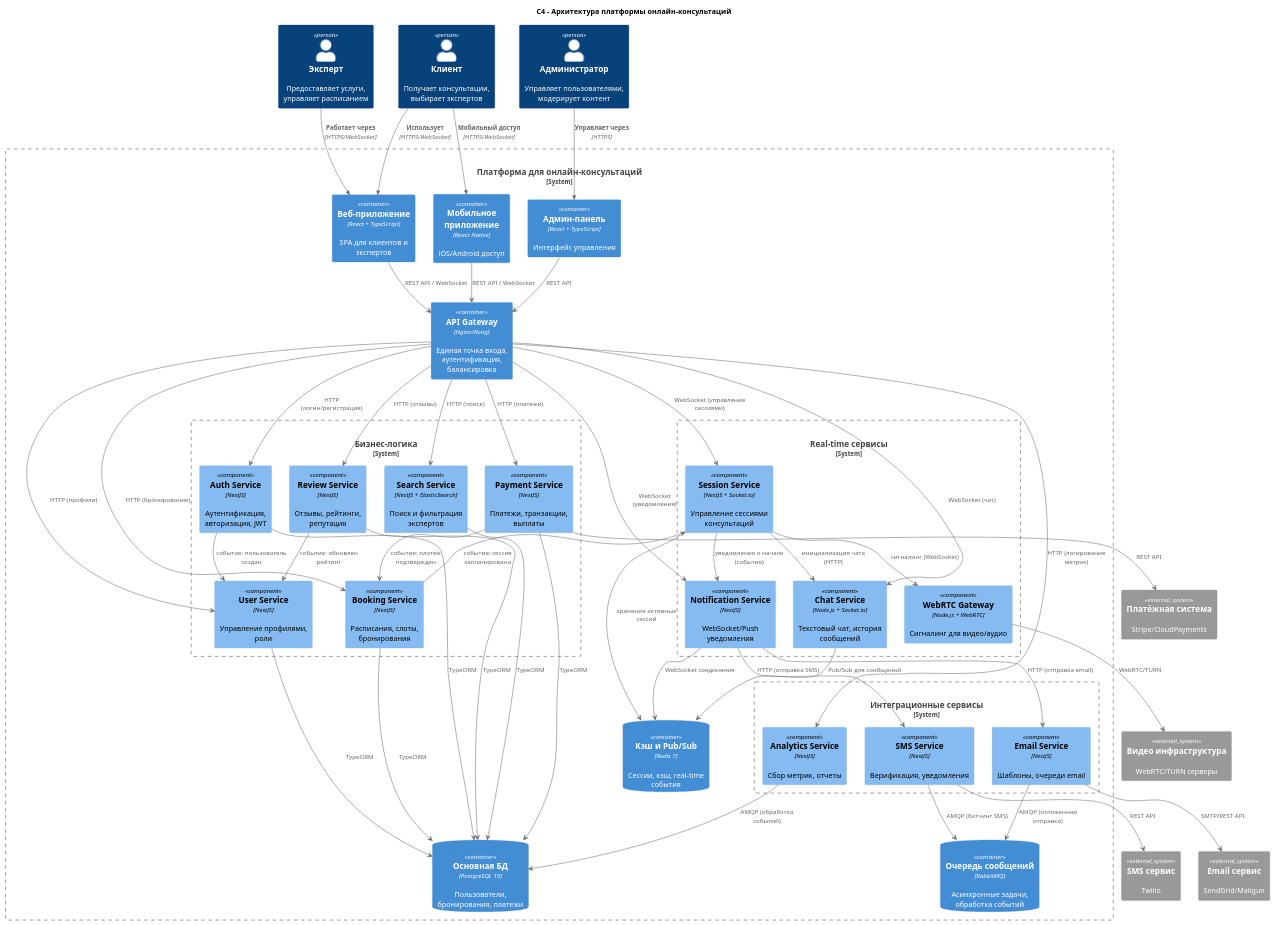
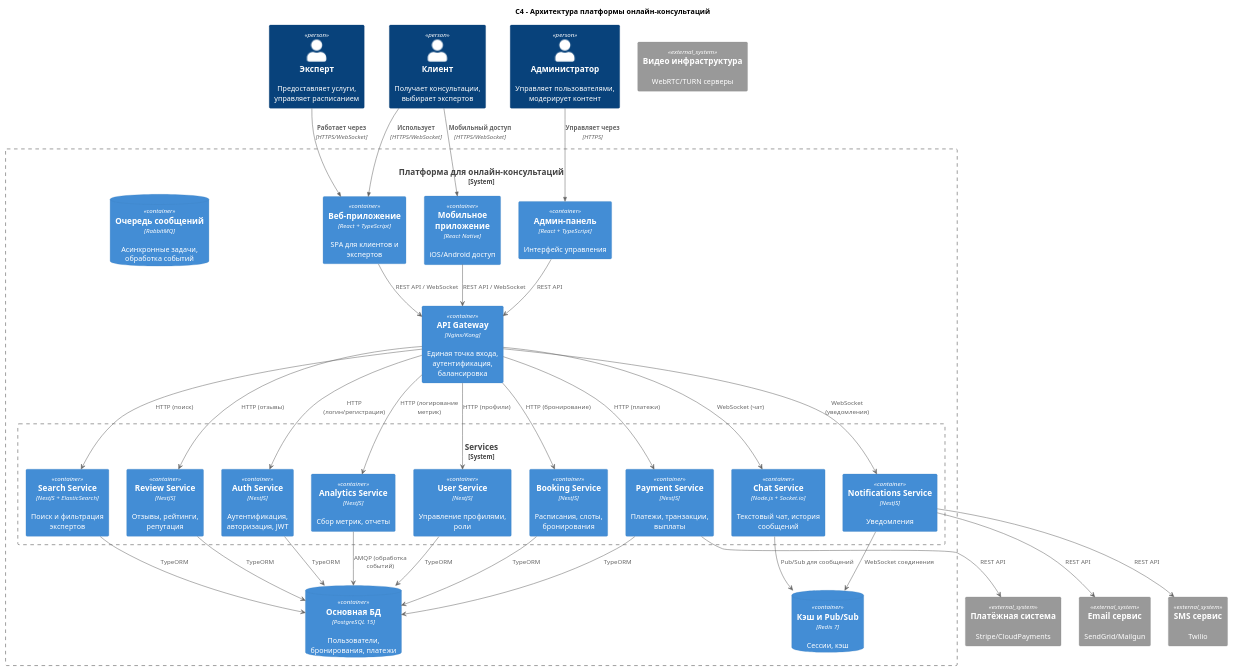
One commit to Exorcistee/architect changed the diagram in 2. Технический проект/c4.puml. Above: the diagram before and after it, drawn with PlantUML. The commit also changed 3 other files, not shown here.

```diff
--- a/2. Технический проект/c4.puml
+++ b/2. Технический проект/c4.puml
@@ -1,108 +1,83 @@
 @startuml
 !include <C4/C4>
 !include <C4/C4_Context>
 !include <C4/C4_Container>
 !include <C4/C4_Component>
 
 title C4 - Архитектура платформы онлайн-консультаций
 top to bottom direction
 
 Person(client, "Клиент", "Получает консультации, выбирает экспертов")
 Person(expert, "Эксперт", "Предоставляет услуги, управляет расписанием")
 Person(admin, "Администратор", "Управляет пользователями, модерирует контент")
 
 System_Ext(payment_ext, "Платёжная система", "Stripe/CloudPayments")
 System_Ext(email_ext, "Email сервис", "SendGrid/Mailgun")
 System_Ext(sms_ext, "SMS сервис", "Twilio")
 System_Ext(video_ext, "Видео инфраструктура", "WebRTC/TURN серверы")
 
 System_Boundary(platform, "Платформа для онлайн-консультаций") {
     
     Container(spa_client, "Веб-приложение", "React + TypeScript", "SPA для клиентов и экспертов")
     Container(spa_admin, "Админ-панель", "React + TypeScript", "Интерфейс управления")
     Container(mobile_app, "Мобильное приложение", "React Native", "iOS/Android доступ")
     
     Container(api_gateway, "API Gateway", "Nginx/Kong", "Единая точка входа, аутентификация, балансировка")
     
-    System_Boundary(core_services, "Бизнес-логика") {
-        Component(auth_service, "Auth Service", "NestJS", "Аутентификация, авторизация, JWT")
-        Component(user_service, "User Service", "NestJS", "Управление профилями, роли")
-        Component(booking_service, "Booking Service", "NestJS", "Расписания, слоты, бронирования")
-        Component(search_service, "Search Service", "NestJS + ElasticSearch", "Поиск и фильтрация экспертов")
-        Component(payment_service, "Payment Service", "NestJS", "Платежи, транзакции, выплаты")
-        Component(review_service, "Review Service", "NestJS", "Отзывы, рейтинги, репутация")
-    }
-    
-    System_Boundary(realtime_services, "Real-time сервисы") {
-        Component(session_service, "Session Service", "NestJS + Socket.io", "Управление сессиями консультаций")
-        Component(webrtc_gateway, "WebRTC Gateway", "Node.js + WebRTC", "Сигналинг для видео/аудио")
-        Component(chat_service, "Chat Service", "Node.js + Socket.io", "Текстовый чат, история сообщений")
-        Component(notification_service, "Notification Service", "NestJS", "WebSocket/Push уведомления")
-    }
-    
-    System_Boundary(integration_services, "Интеграционные сервисы") {
-        Component(email_service, "Email Service", "NestJS", "Шаблоны, очереди email")
-        Component(sms_service, "SMS Service", "NestJS", "Верификация, уведомления")
-        Component(analytics_service, "Analytics Service", "NestJS", "Сбор метрик, отчеты")
+    System_Boundary(core_services, "Services") {
+        Container(auth_service, "Auth Service", "NestJS", "Аутентификация, авторизация, JWT")
+        Container(user_service, "User Service", "NestJS", "Управление профилями, роли")
+        Container(booking_service, "Booking Service", "NestJS", "Расписания, слоты, бронирования")
+        Container(search_service, "Search Service", "NestJS + ElasticSearch", "Поиск и фильтрация экспертов")
+        Container(payment_service, "Payment Service", "NestJS", "Платежи, транзакции, выплаты")
+        Container(review_service, "Review Service", "NestJS", "Отзывы, рейтинги, репутация")
+        Container(chat_service, "Chat Service", "Node.js + Socket.io", "Текстовый чат, история сообщений")
+        Container(analytics_service, "Analytics Service", "NestJS", "Сбор метрик, отчеты")
+        Container(notification_service, "Notifications Service", "NestJS", "Уведомления") 
     }
     
     ContainerDb(postgres_db, "Основная БД", "PostgreSQL 15", "Пользователи, бронирования, платежи")
-    ContainerDb(redis_cache, "Кэш и Pub/Sub", "Redis 7", "Сессии, кэш, real-time события")
+    ContainerDb(redis_cache, "Кэш и Pub/Sub", "Redis 7", "Сессии, кэш")
     ContainerDb(message_queue, "Очередь сообщений", "RabbitMQ", "Асинхронные задачи, обработка событий")
 }
 
 Rel(client, spa_client, "Использует", "HTTPS/WebSocket")
 Rel(expert, spa_client, "Работает через", "HTTPS/WebSocket")
 Rel(admin, spa_admin, "Управляет через", "HTTPS")
 Rel(client, mobile_app, "Мобильный доступ", "HTTPS/WebSocket")
 
 spa_client --> api_gateway : "REST API / WebSocket"
 spa_admin --> api_gateway : "REST API"
 mobile_app --> api_gateway : "REST API / WebSocket"
 
 api_gateway --> auth_service : "HTTP (логин/регистрация)"
 api_gateway --> user_service : "HTTP (профили)"
 api_gateway --> booking_service : "HTTP (бронирование)"
 api_gateway --> search_service : "HTTP (поиск)"
 api_gateway --> payment_service : "HTTP (платежи)"
 api_gateway --> review_service : "HTTP (отзывы)"
 api_gateway --> analytics_service : "HTTP (логирование метрик)"
 
-api_gateway --> session_service : "WebSocket (управление сессиями)"
 api_gateway --> chat_service : "WebSocket (чат)"
 api_gateway --> notification_service : "WebSocket (уведомления)"
 
-auth_service --> user_service : "событие: пользователь создан"
-booking_service --> session_service : "событие: сессия запланирована"
-payment_service --> booking_service : "событие: платеж подтвержден"
-review_service --> user_service : "событие: обновлен рейтинг"
-
-session_service --> webrtc_gateway : "сигналинг (WebSocket)"
-session_service --> chat_service : "инициализация чата (HTTP)"
-session_service --> notification_service : "уведомление о начале (событие)"
-
-notification_service --> email_service : "HTTP (отправка email)"
-notification_service --> sms_service : "HTTP (отправка SMS)"
+notification_service --> email_ext : "REST API"
+notification_service --> sms_ext : "REST API"
 
 auth_service --> postgres_db : "TypeORM"
 user_service --> postgres_db : "TypeORM"
 booking_service --> postgres_db : "TypeORM"
 payment_service --> postgres_db : "TypeORM"
 review_service --> postgres_db : "TypeORM"
 search_service --> postgres_db : "TypeORM"
 
-session_service --> redis_cache : "хранение активных сессий"
 chat_service --> redis_cache : "Pub/Sub для сообщений"
 notification_service --> redis_cache : "WebSocket соединения"
 
-email_service --> message_queue : "AMQP (отложенная отправка)"
-sms_service --> message_queue : "AMQP (батчинг SMS)"
+
 analytics_service --> postgres_db : "AMQP (обработка событий)"
 
-webrtc_gateway --> video_ext : "WebRTC/TURN"
-email_service --> email_ext : "SMTP/REST API"
-sms_service --> sms_ext : "REST API"
 payment_service --> payment_ext : "REST API"
 
 
 @enduml
```
